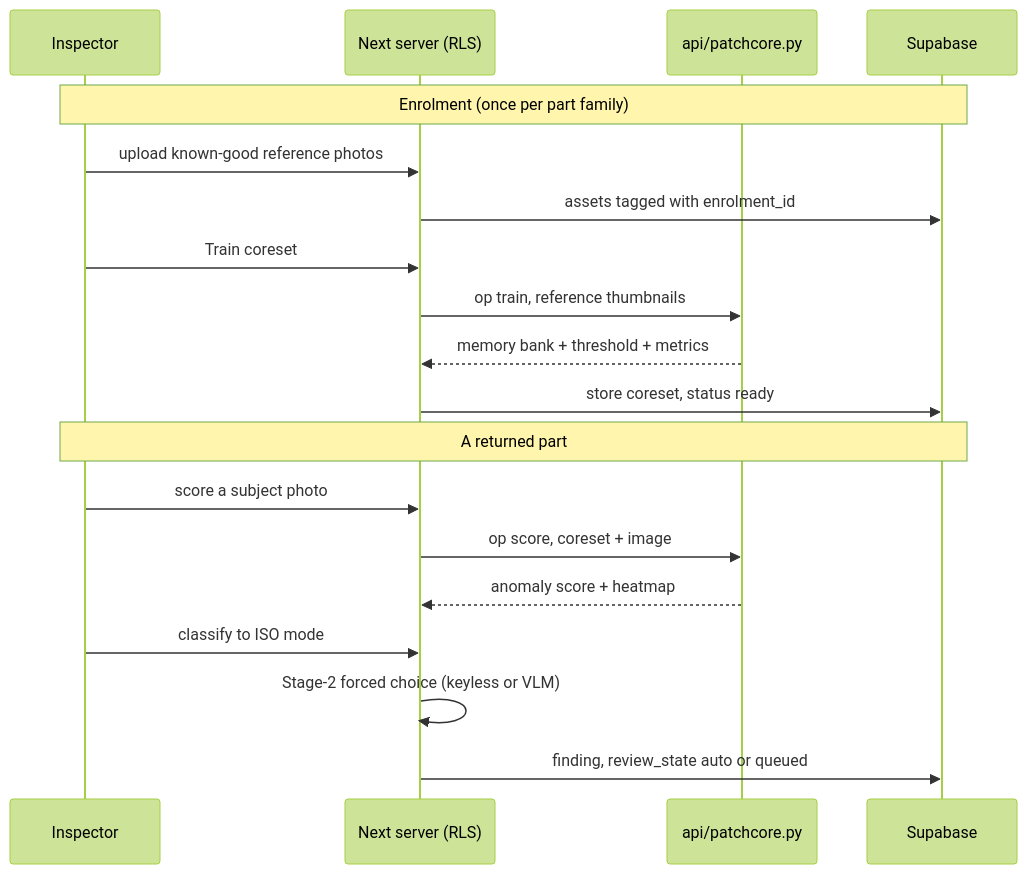
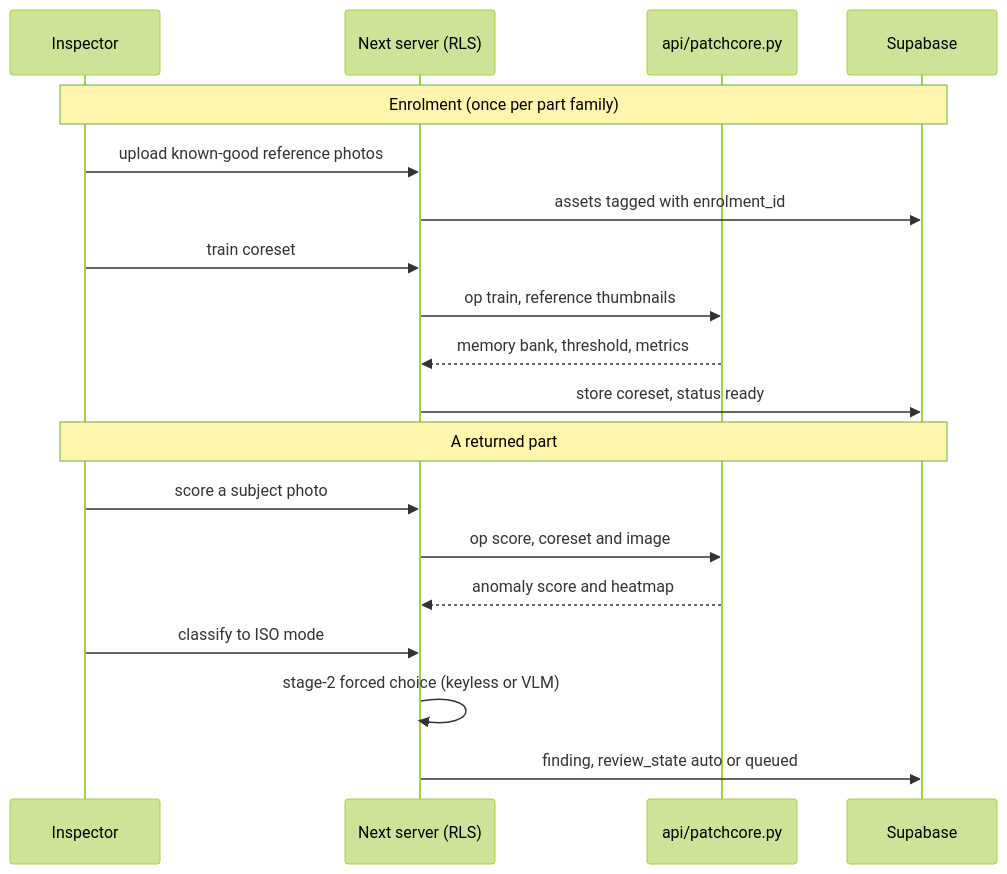
One commit to kandulanikhilvarma/witness changed the second of 3 diagrams in README.md. Above: the diagram before and after it, drawn with Mermaid (forest theme). The commit also changed other lines of this file and 14 other files, not shown here.

First line of the commit message:
Rebrand UI to light identity with machinery diagrams

````diff
--- a/README.md
+++ b/README.md
@@ -89,23 +164,23 @@
 ```mermaid
 sequenceDiagram
   participant U as Inspector
   participant N as Next server (RLS)
   participant PC as api/patchcore.py
   participant DB as Supabase
 
   Note over U,DB: Enrolment (once per part family)
   U->>N: upload known-good reference photos
   N->>DB: assets tagged with enrolment_id
-  U->>N: Train coreset
+  U->>N: train coreset
   N->>PC: op train, reference thumbnails
-  PC-->>N: memory bank + threshold + metrics
+  PC-->>N: memory bank, threshold, metrics
   N->>DB: store coreset, status ready
 
   Note over U,DB: A returned part
   U->>N: score a subject photo
-  N->>PC: op score, coreset + image
-  PC-->>N: anomaly score + heatmap
+  N->>PC: op score, coreset and image
+  PC-->>N: anomaly score and heatmap
   U->>N: classify to ISO mode
-  N->>N: Stage-2 forced choice (keyless or VLM)
+  N->>N: stage-2 forced choice (keyless or VLM)
   N->>DB: finding, review_state auto or queued
 ```
````
